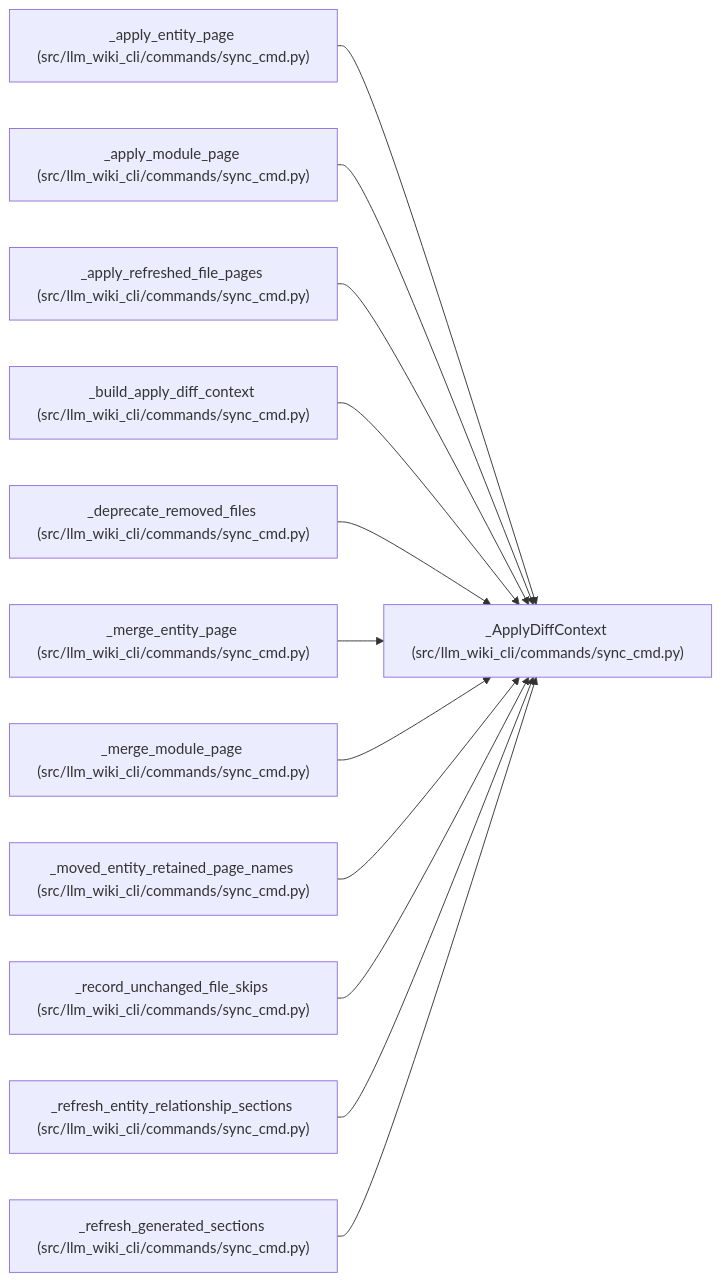
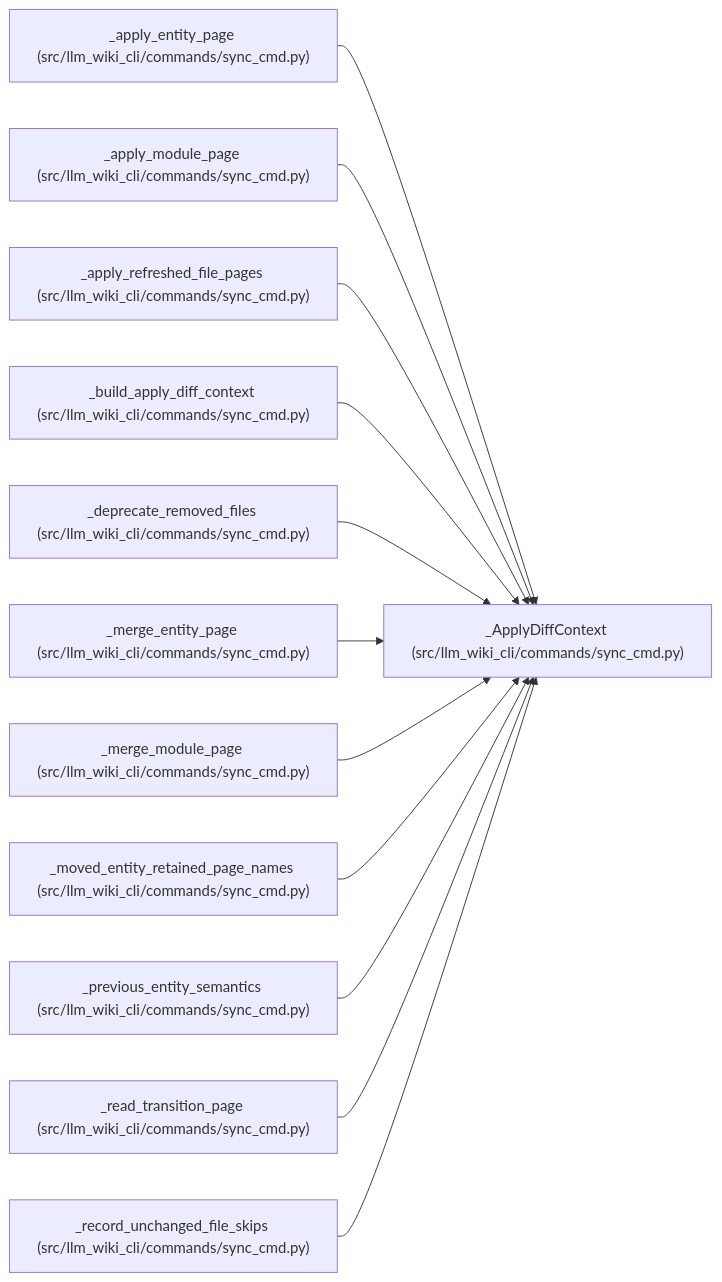
The diagram in docs/llm_wiki/entities/ApplyDiffContext.md (Denissvgn/python-wiki-llm), drawn with Mermaid before and after one commit. The commit also changed other lines of this file and 490 other files, not shown here.

First line of the commit message:
Prepare v2.3.2: preserve sync page ownership and repair missing pages (#42)

````diff
--- a/docs/llm_wiki/entities/ApplyDiffContext.md
+++ b/docs/llm_wiki/entities/ApplyDiffContext.md
@@ -41,38 +44,38 @@
 ```mermaid
 flowchart LR
     n0["_ApplyDiffContext (src/llm_wiki_cli/commands/sync_cmd.py)"]
     n1["_apply_entity_page (src/llm_wiki_cli/commands/sync_cmd.py)"]
     n2["_apply_module_page (src/llm_wiki_cli/commands/sync_cmd.py)"]
     n3["_apply_refreshed_file_pages (src/llm_wiki_cli/commands/sync_cmd.py)"]
     n4["_build_apply_diff_context (src/llm_wiki_cli/commands/sync_cmd.py)"]
     n5["_deprecate_removed_files (src/llm_wiki_cli/commands/sync_cmd.py)"]
     n6["_merge_entity_page (src/llm_wiki_cli/commands/sync_cmd.py)"]
     n7["_merge_module_page (src/llm_wiki_cli/commands/sync_cmd.py)"]
     n8["_moved_entity_retained_page_names (src/llm_wiki_cli/commands/sync_cmd.py)"]
-    n9["_record_unchanged_file_skips (src/llm_wiki_cli/commands/sync_cmd.py)"]
-    n10["_refresh_entity_relationship_sections (src/llm_wiki_cli/commands/sync_cmd.py)"]
-    n11["_refresh_generated_sections (src/llm_wiki_cli/commands/sync_cmd.py)"]
+    n9["_previous_entity_semantics (src/llm_wiki_cli/commands/sync_cmd.py)"]
+    n10["_read_transition_page (src/llm_wiki_cli/commands/sync_cmd.py)"]
+    n11["_record_unchanged_file_skips (src/llm_wiki_cli/commands/sync_cmd.py)"]
     n1 --> n0
     n2 --> n0
     n3 --> n0
     n4 --> n0
     n5 --> n0
     n6 --> n0
     n7 --> n0
     n8 --> n0
     n9 --> n0
     n10 --> n0
     n11 --> n0
     click n0 "../modules/sync_cmd.md"
     click n1 "../modules/sync_cmd.md"
     click n2 "../modules/sync_cmd.md"
     click n3 "../modules/sync_cmd.md"
     click n4 "../modules/sync_cmd.md"
     click n5 "../modules/sync_cmd.md"
     click n6 "../modules/sync_cmd.md"
     click n7 "../modules/sync_cmd.md"
     click n8 "../modules/sync_cmd.md"
     click n9 "../modules/sync_cmd.md"
     click n10 "../modules/sync_cmd.md"
     click n11 "../modules/sync_cmd.md"
 ```
````
